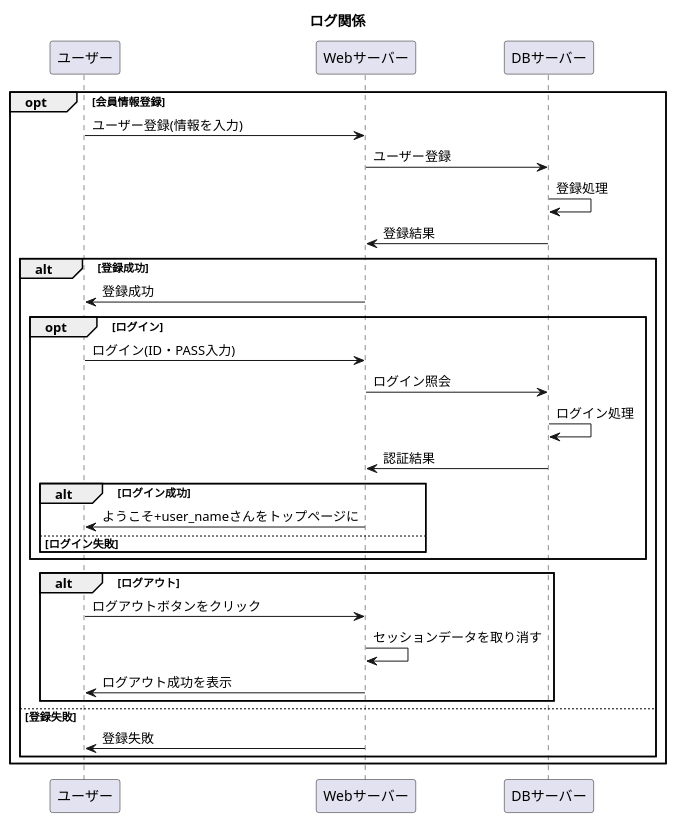
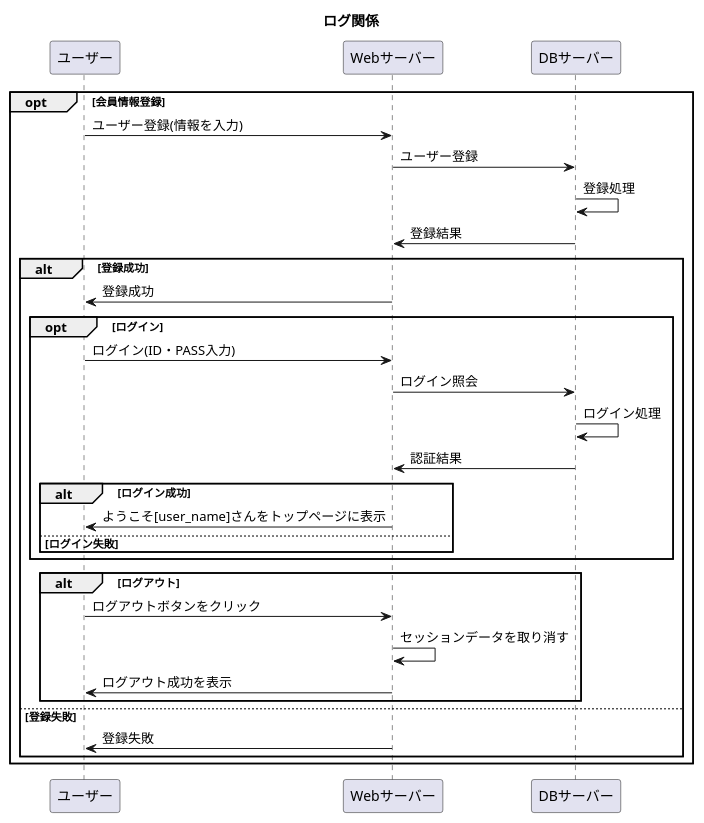
One commit to Aso2001227/Aso-Sports-1 changed the diagram in 設計書/02_業務フロー/Log-flow.md. Above: the diagram before and after it, drawn with PlantUML.

````diff
--- a/設計書/02_業務フロー/Log-flow.md
+++ b/設計書/02_業務フロー/Log-flow.md
@@ -1,31 +1,31 @@
 ```uml
 @startuml
 title: ログ関係
 opt 会員情報登録
   ユーザー -> Webサーバー : ユーザー登録(情報を入力)
   Webサーバー -> DBサーバー : ユーザー登録
   DBサーバー -> DBサーバー : 登録処理
   DBサーバー -> Webサーバー : 登録結果
   alt 登録成功
     Webサーバー -> ユーザー : 登録成功
     opt ログイン
       ユーザー -> Webサーバー : ログイン(ID・PASS入力)
       Webサーバー -> DBサーバー : ログイン照会
       DBサーバー -> DBサーバー : ログイン処理
       DBサーバー -> Webサーバー : 認証結果
       alt ログイン成功
-        Webサーバー -> ユーザー : ようこそ+user_nameさんをトップページに
+        Webサーバー -> ユーザー : ようこそ[user_name]さんをトップページに表示
        else ログイン失敗
       end
       end
     alt ログアウト
       ユーザー ->Webサーバー :ログアウトボタンをクリック
       Webサーバー -> Webサーバー :セッションデータを取り消す
       Webサーバー -> ユーザー :ログアウト成功を表示
      end
     else 登録失敗
     Webサーバー -> ユーザー : 登録失敗
   end
  end
 @enduml
 ```
````
